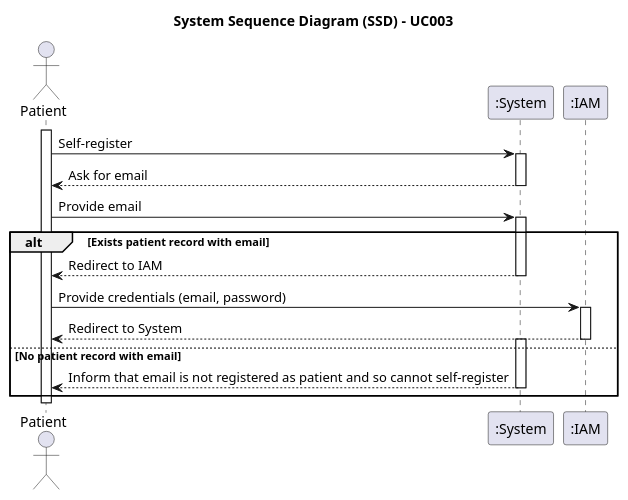
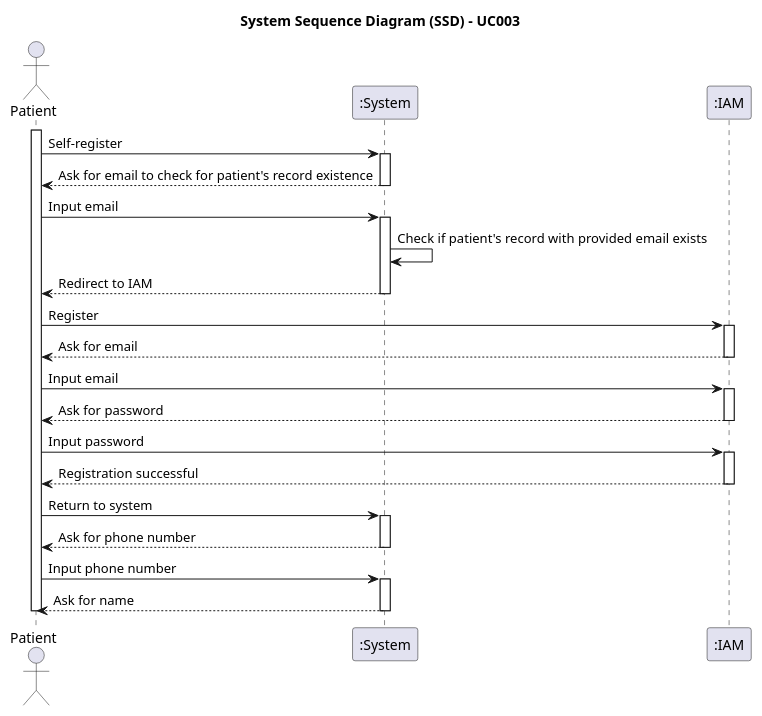
The diagram in docs/SprintA/UseCases/UC003/01.requirements-engineering/puml/uc003-system-sequence-diagram.puml (1221124/sem5pi-24-25-g031), drawn with PlantUML before and after one commit.

Commit message:
#5 UC003: Requirements Engineering - Update SD

```diff
--- a/docs/SprintA/UseCases/UC003/01.requirements-engineering/puml/uc003-system-sequence-diagram.puml
+++ b/docs/SprintA/UseCases/UC003/01.requirements-engineering/puml/uc003-system-sequence-diagram.puml
@@ -1,48 +1,70 @@
 @startuml uc003-system-sequence-diagram
 
 title System Sequence Diagram (SSD) - UC003
 actor Patient as Patient
 participant ":System" as System
 participant ":IAM" as IAM
 
 activate Patient
 
     Patient -> System: Self-register
 
     activate System
 
-        System --> Patient: Ask for email
+        System --> Patient: Ask for email to check for patient's record existence
 
     deactivate System
 
-    Patient -> System: Provide email
+    Patient -> System: Input email
 
-    alt Exists patient record with email
+    activate System
 
-        activate System
+        System -> System: Check if patient's record with provided email exists
 
-            System --> Patient: Redirect to IAM
+        System --> Patient: Redirect to IAM
 
-        deactivate System
+    deactivate System
 
-        Patient -> IAM: Provide credentials (email, password)
+    Patient -> IAM: Register
 
-        activate IAM
+    activate IAM
 
-            IAM --> Patient: Redirect to System
+        IAM --> Patient: Ask for email
 
-        deactivate IAM
+    deactivate IAM
 
-    else No patient record with email
+    Patient -> IAM: Input email
 
-        activate System
+    activate IAM
 
-            System --> Patient: Inform that email is not registered as patient and so cannot self-register
+        IAM --> Patient: Ask for password
 
-        deactivate System
+    deactivate IAM
 
-    end
+    Patient -> IAM: Input password
+
+    activate IAM
+
+        IAM --> Patient: Registration successful
+
+    deactivate IAM
+
+    Patient -> System: Return to system
+
+    activate System
+
+        System --> Patient: Ask for phone number
+
+    deactivate System
+
+    Patient -> System: Input phone number
+
+    activate System
+
+        System --> Patient: Ask for name
+
+    deactivate System
 
 deactivate Patient
 
 @enduml
```
